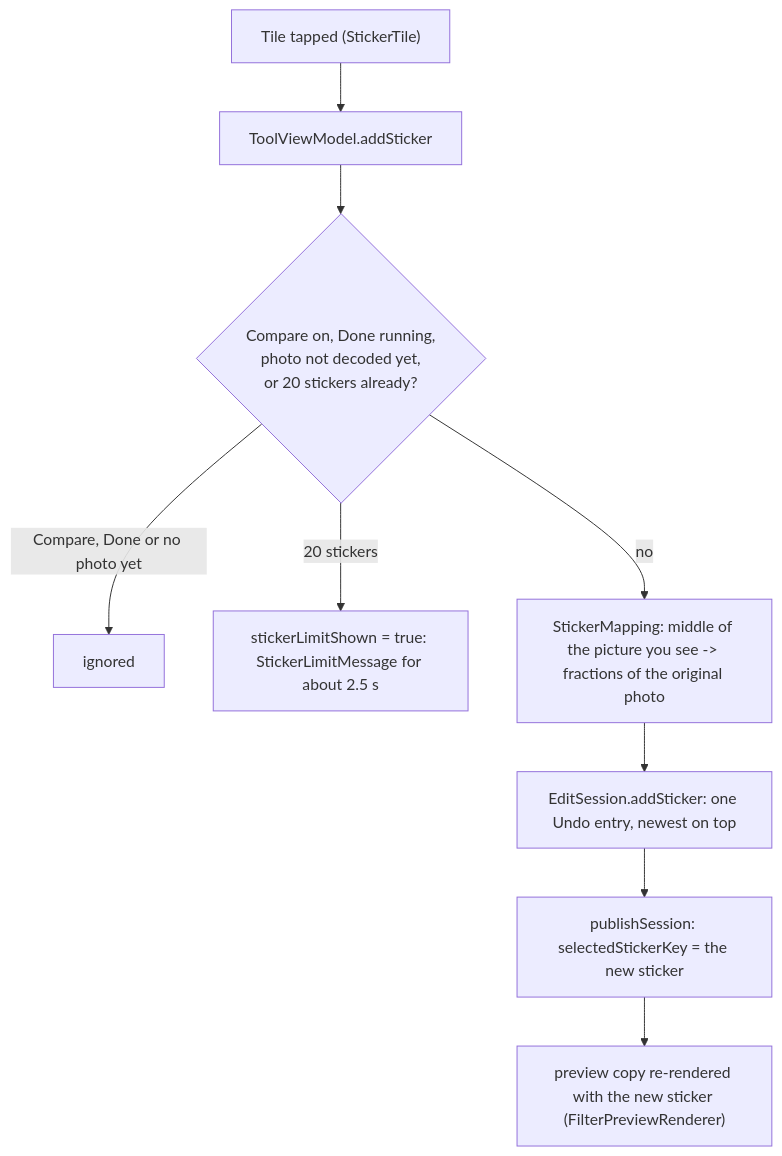
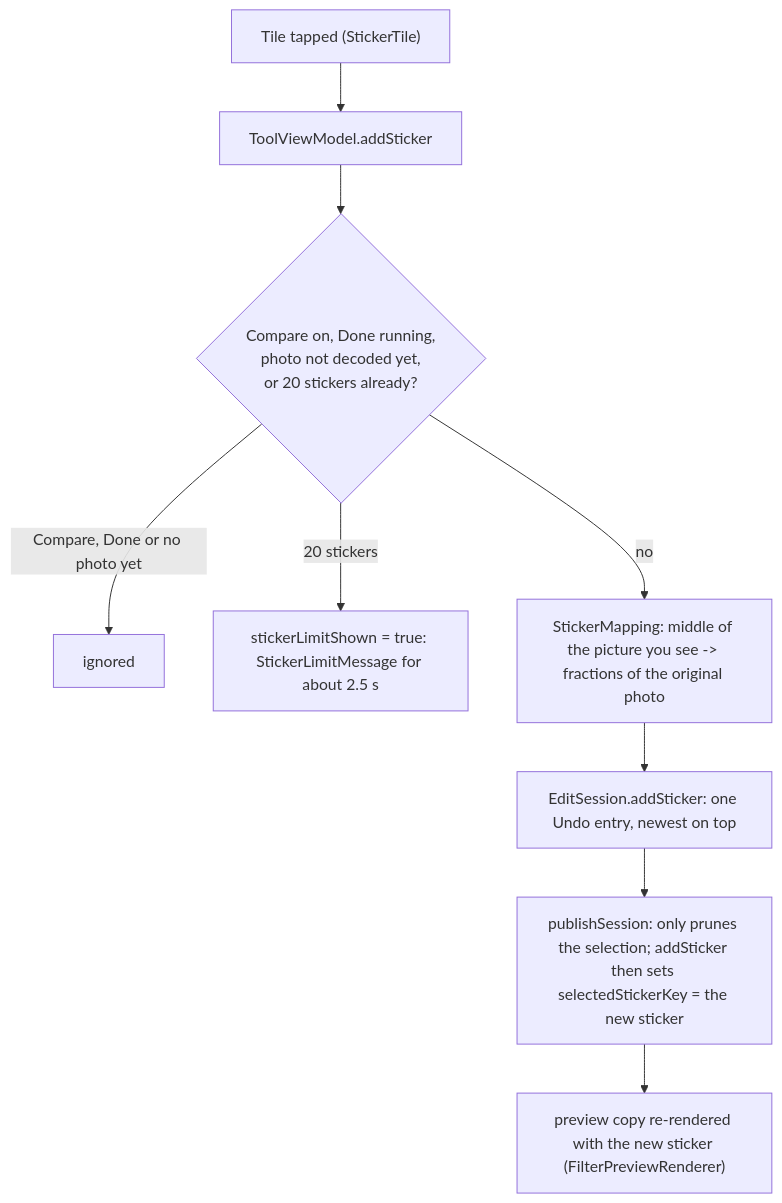
Before and after one commit to Phong-Kaster/Kanso: the second of 4 diagrams in docs/features/edit.md, drawn with Mermaid. The commit also changed other lines of this file and 10 other files, not shown here.

````diff
--- a/docs/features/edit.md
+++ b/docs/features/edit.md
@@ -205,11 +205,11 @@
 ```mermaid
 flowchart TD
     T["Tile tapped (StickerTile)"] --> A["ToolViewModel.addSticker"]
     A --> G{"Compare on, Done running,<br/>photo not decoded yet,<br/>or 20 stickers already?"}
     G -->|"Compare, Done or no photo yet"| X["ignored"]
     G -->|"20 stickers"| L["stickerLimitShown = true: StickerLimitMessage for about 2.5 s"]
     G -->|no| M["StickerMapping: middle of the picture you see -> fractions of the original photo"]
     M --> S["EditSession.addSticker: one Undo entry, newest on top"]
-    S --> P["publishSession: selectedStickerKey = the new sticker"]
+    S --> P["publishSession: only prunes the selection; addSticker then sets selectedStickerKey = the new sticker"]
     P --> R["preview copy re-rendered with the new sticker (FilterPreviewRenderer)"]
 ```
````
